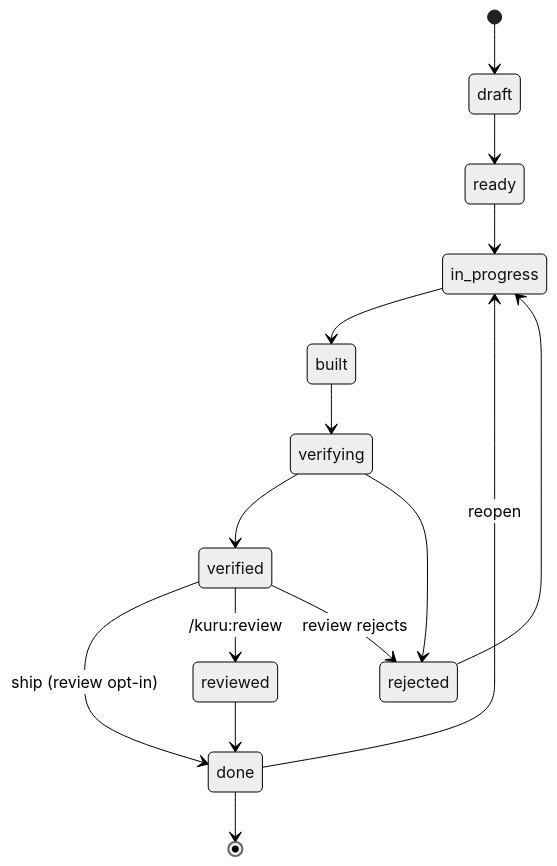
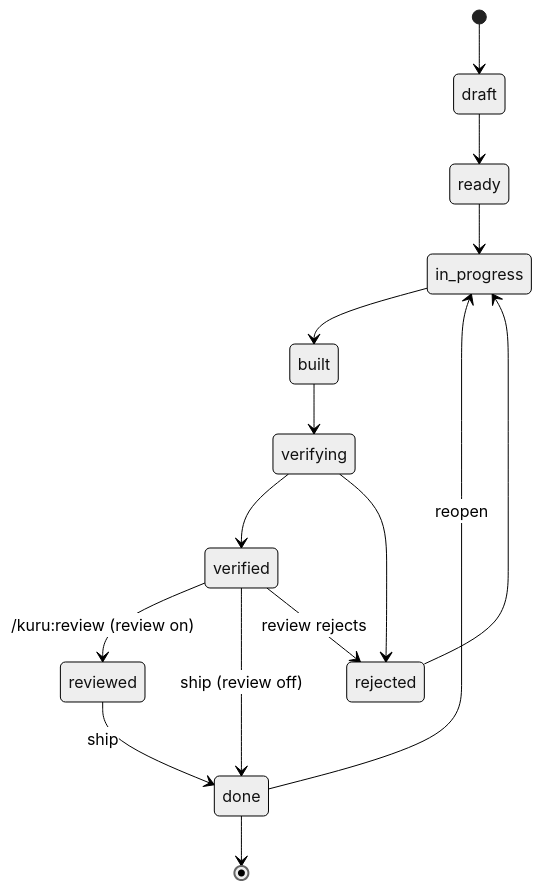
One commit to ultish/kurukuru changed the second of 2 diagrams in skills/kuru-method/SKILL.md. Above: the diagram before and after it, drawn with Mermaid (neutral theme). The commit also changed other lines of this file and 16 other files, not shown here.

````diff
--- a/skills/kuru-method/SKILL.md
+++ b/skills/kuru-method/SKILL.md
@@ -95,17 +100,17 @@
 ```mermaid
 stateDiagram-v2
     [*] --> draft
     draft --> ready
     ready --> in_progress
     in_progress --> built
     built --> verifying
     verifying --> verified
     verifying --> rejected
-    verified --> done: ship (review opt-in)
-    verified --> reviewed: /kuru:review
+    verified --> reviewed: /kuru:review (review on)
+    verified --> done: ship (review off)
     verified --> rejected: review rejects
-    reviewed --> done
+    reviewed --> done: ship
     rejected --> in_progress
     done --> in_progress: reopen
     done --> [*]
 ```
````
